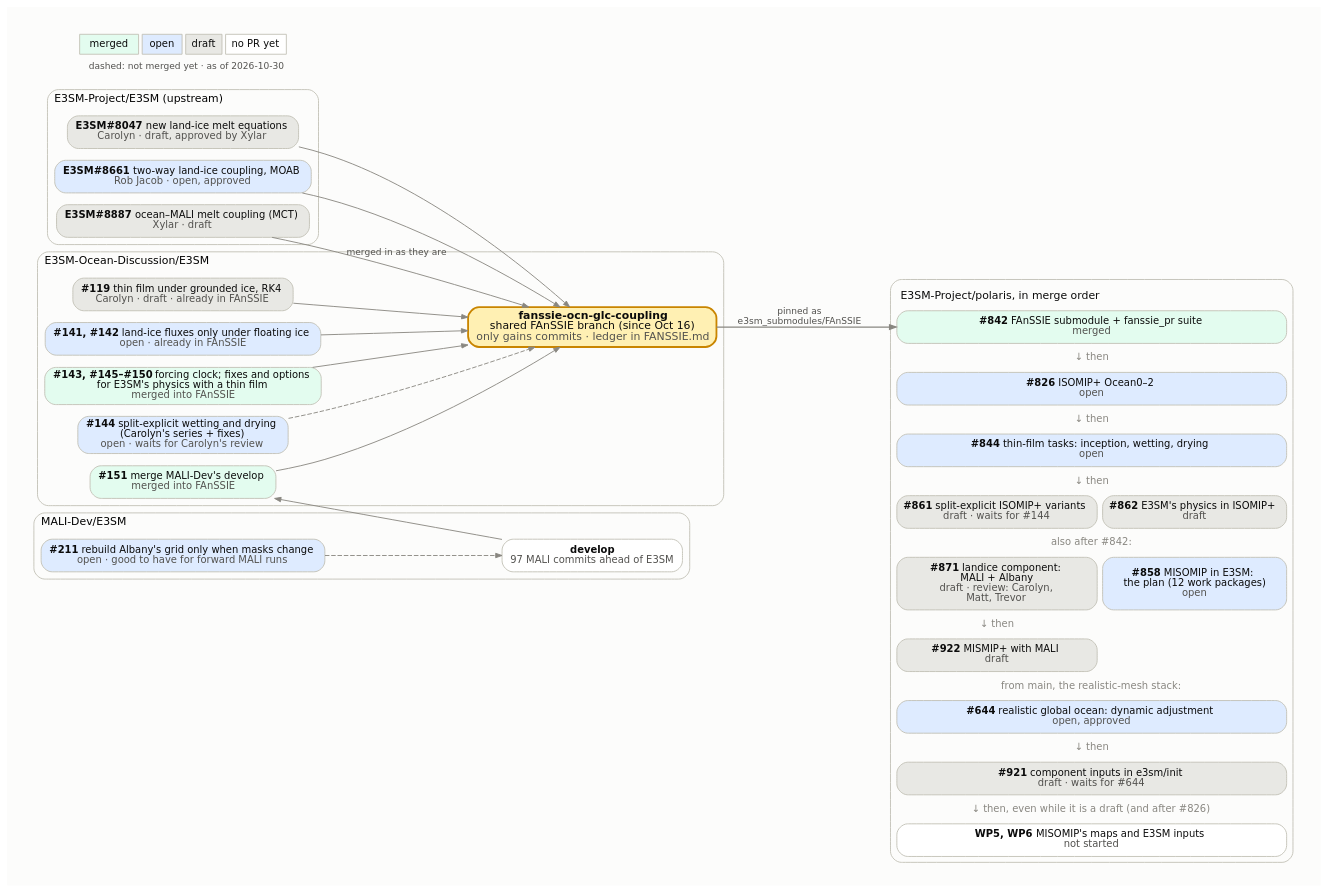
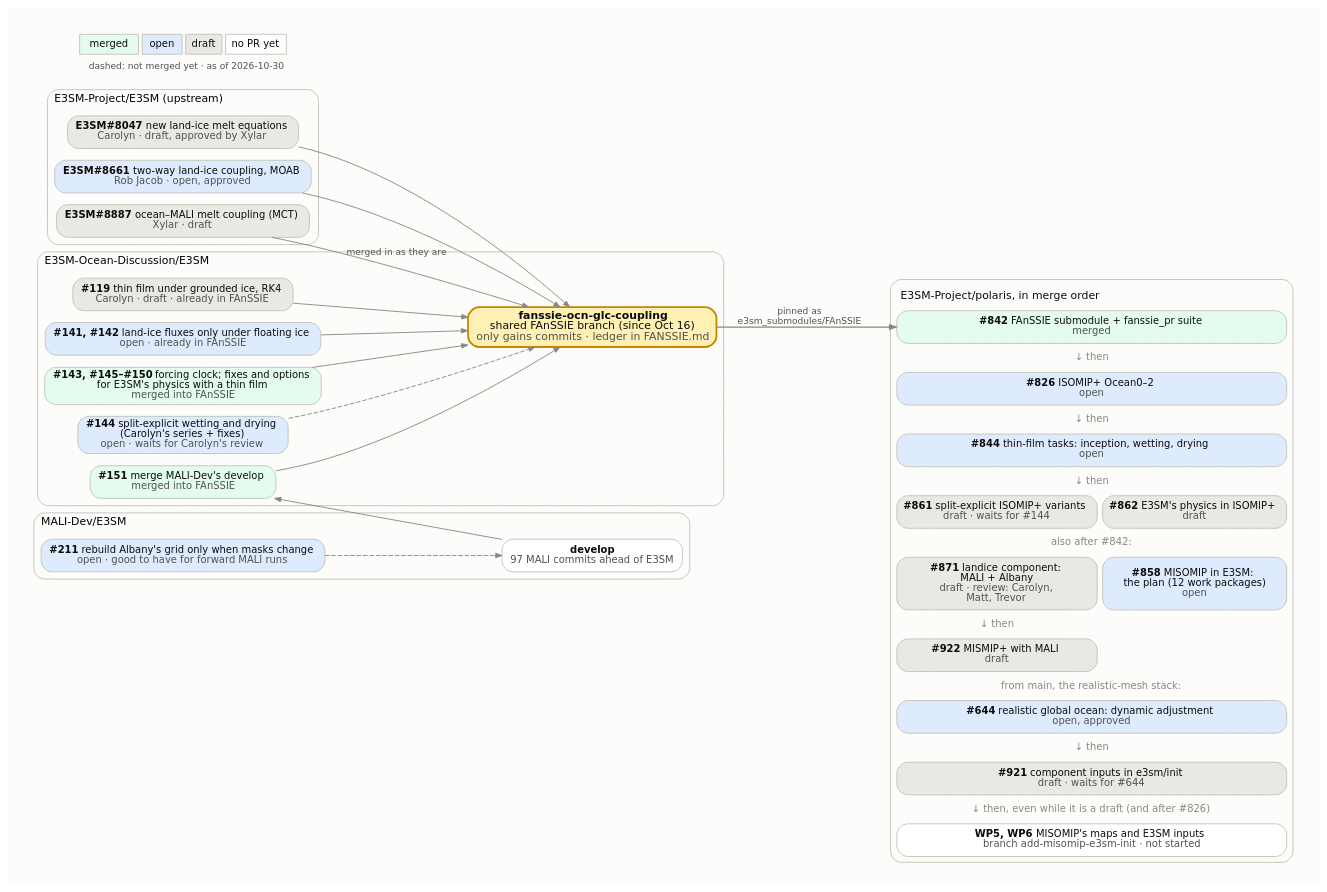
One commit to E3SM-Project/polaris changed the diagram in docs/design_docs/misomip/code_flow.dot. Above: the diagram before and after it, drawn with Graphviz. The commit also changed 4 other files, not shown here.

Commit message:
Put WP5 and WP6 on one branch, add-misomip-e3sm-init

```diff
--- a/docs/design_docs/misomip/code_flow.dot
+++ b/docs/design_docs/misomip/code_flow.dot
@@ -1,95 +1,95 @@
 // How the upstream E3SM PRs, the E3SM-Ocean-Discussion PRs, the
 // fanssie-ocn-glc-coupling branch and the Polaris PRs fit together.
 //
 // Regenerate with Graphviz 14 (Chrysalis's /usr/bin/dot 2.40 lays it out
 // wider), with the text drawn as paths so it looks the same everywhere:
 //
 //     pixi exec -s graphviz dot -Tsvg:cairo code_flow.dot -o code_flow.svg
 //
 // Fill by state: merged #e3fcef, open #deebff, draft #e8e8e4, no PR yet
 // #ffffff. Dashed edges into the FAnSSIE branch mark PRs not merged into it
 // yet. The Polaris side is one HTML-table node, in merge order, because
 // Graphviz would not keep separate boxes in that order. Update the date in
 // the legend.
 digraph fanssie {
   rankdir=LR;
   bgcolor="#fcfcfb";
   pad=0.3;
   nodesep=0.18;
   ranksep=0.7;
   fontname="DejaVu Sans";
   node [shape=box, style="rounded,filled", fontname="DejaVu Sans",
         fontsize=11, color="#c3c2b7", fontcolor="#0b0b0b", penwidth=1,
         margin="0.12,0.06"];
   edge [color="#898781", arrowsize=0.7, fontname="DejaVu Sans",
         fontsize=10, fontcolor="#52514e"];
 
   subgraph cluster_upstream {
     label="E3SM-Project/E3SM (upstream)";
     labeljust=l; fontsize=12; color="#c3c2b7"; style="rounded";
     e8047 [label=<<b>E3SM#8047</b>  new land-ice melt equations<br/><font color="#52514e">Carolyn · draft, approved by Xylar</font>>, fillcolor="#e8e8e4"];
     e8661 [label=<<b>E3SM#8661</b>  two-way land-ice coupling, MOAB<br/><font color="#52514e">Rob Jacob · open, approved</font>>, fillcolor="#deebff"];
     e8887 [label=<<b>E3SM#8887</b>  ocean–MALI melt coupling (MCT)<br/><font color="#52514e">Xylar · draft</font>>, fillcolor="#e8e8e4"];
   }
 
   subgraph cluster_malidev {
     label="MALI-Dev/E3SM";
     labeljust=l; fontsize=12; color="#c3c2b7"; style="rounded";
     malidev [label=<<b>develop</b><br/><font color="#52514e">97 MALI commits ahead of E3SM</font>>, fillcolor="#ffffff"];
     m211 [label=<<b>#211</b>  rebuild Albany's grid only when masks change<br/><font color="#52514e">open · good to have for forward MALI runs</font>>, fillcolor="#deebff"];
   }
 
   subgraph cluster_eod {
     label="E3SM-Ocean-Discussion/E3SM";
     labeljust=l; fontsize=12; color="#c3c2b7"; style="rounded";
     d119 [label=<<b>#119</b>  thin film under grounded ice, RK4<br/><font color="#52514e">Carolyn · draft · already in FAnSSIE</font>>, fillcolor="#e8e8e4"];
     d141 [label=<<b>#141, #142</b>  land-ice fluxes only under floating ice<br/><font color="#52514e">open · already in FAnSSIE</font>>, fillcolor="#deebff"];
     d143 [label=<<b>#143, #145–#150</b>  forcing clock; fixes and options<br/>for E3SM's physics with a thin film<br/><font color="#52514e">merged into FAnSSIE</font>>, fillcolor="#e3fcef"];
     d144 [label=<<b>#144</b>  split-explicit wetting and drying<br/>(Carolyn's series + fixes)<br/><font color="#52514e">open · waits for Carolyn's review</font>>, fillcolor="#deebff"];
     d151 [label=<<b>#151</b>  merge MALI-Dev's develop<br/><font color="#52514e">merged into FAnSSIE</font>>, fillcolor="#e3fcef"];
     fanssie [label=<<b>fanssie-ocn-glc-coupling</b><br/>shared FAnSSIE branch (since Oct 16)<br/><font color="#52514e">only gains commits · ledger in FANSSIE.md</font>>,
              fillcolor="#fff0b3", penwidth=2, color="#c98500", fontsize=12];
   }
 
   polaris [shape=plaintext, style="", label=<
     <table border="1" color="#c3c2b7" style="rounded" cellborder="1" cellspacing="6" cellpadding="4" bgcolor="#fcfcfb">
       <tr><td border="0" colspan="2" align="left"><font point-size="12">E3SM-Project/polaris, in merge order</font></td></tr>
       <tr><td port="p842" bgcolor="#e3fcef" colspan="2" style="rounded" cellpadding="6"><b>#842</b>  FAnSSIE submodule + fanssie_pr suite<br/><font color="#52514e">merged</font></td></tr>
       <tr><td border="0" colspan="2"><font color="#898781">↓ then</font></td></tr>
       <tr><td port="p826" bgcolor="#deebff" colspan="2" style="rounded" cellpadding="6"><b>#826</b>  ISOMIP+ Ocean0–2<br/><font color="#52514e">open</font></td></tr>
       <tr><td border="0" colspan="2"><font color="#898781">↓ then</font></td></tr>
       <tr><td port="p844" bgcolor="#deebff" colspan="2" style="rounded" cellpadding="6"><b>#844</b>  thin-film tasks: inception, wetting, drying<br/><font color="#52514e">open</font></td></tr>
       <tr><td border="0" colspan="2"><font color="#898781">↓ then</font></td></tr>
       <tr><td port="p861" bgcolor="#e8e8e4" colspan="1" style="rounded" cellpadding="6"><b>#861</b>  split-explicit ISOMIP+ variants<br/><font color="#52514e">draft · waits for #144</font></td><td port="p862" bgcolor="#e8e8e4" colspan="1" style="rounded" cellpadding="6"><b>#862</b>  E3SM's physics in ISOMIP+<br/><font color="#52514e">draft</font></td></tr>
       <tr><td border="0" colspan="2"><font color="#898781">also after #842:</font></td></tr>
       <tr><td port="p871" bgcolor="#e8e8e4" colspan="1" style="rounded" cellpadding="6"><b>#871</b>  landice component:<br/>MALI + Albany<br/><font color="#52514e">draft · review: Carolyn,<br/>Matt, Trevor</font></td><td port="p858" bgcolor="#deebff" colspan="1" style="rounded" cellpadding="6"><b>#858</b>  MISOMIP in E3SM:<br/>the plan (12 work packages)<br/><font color="#52514e">open</font></td></tr>
       <tr><td border="0" colspan="1"><font color="#898781">↓ then</font></td><td border="0" colspan="1"></td></tr>
       <tr><td port="p922" bgcolor="#e8e8e4" colspan="1" style="rounded" cellpadding="6"><b>#922</b>  MISMIP+ with MALI<br/><font color="#52514e">draft</font></td><td border="0" colspan="1"></td></tr>
       <tr><td border="0" colspan="2"><font color="#898781">from main, the realistic-mesh stack:</font></td></tr>
       <tr><td port="p644" bgcolor="#deebff" colspan="2" style="rounded" cellpadding="6"><b>#644</b>  realistic global ocean: dynamic adjustment<br/><font color="#52514e">open, approved</font></td></tr>
       <tr><td border="0" colspan="2"><font color="#898781">↓ then</font></td></tr>
       <tr><td port="p921" bgcolor="#e8e8e4" colspan="2" style="rounded" cellpadding="6"><b>#921</b>  component inputs in e3sm/init<br/><font color="#52514e">draft · waits for #644</font></td></tr>
       <tr><td border="0" colspan="2"><font color="#898781">↓ then, even while it is a draft (and after #826)</font></td></tr>
-      <tr><td port="pwp56" bgcolor="#ffffff" colspan="2" style="rounded" cellpadding="6"><b>WP5, WP6</b>  MISOMIP's maps and E3SM inputs<br/><font color="#52514e">not started</font></td></tr>
+      <tr><td port="pwp56" bgcolor="#ffffff" colspan="2" style="rounded" cellpadding="6"><b>WP5, WP6</b>  MISOMIP's maps and E3SM inputs<br/><font color="#52514e">branch add-misomip-e3sm-init · not started</font></td></tr>
     </table>>];
 
   e8047 -> fanssie;
   e8661 -> fanssie;
   e8887 -> fanssie [label="merged in as they are"];
   d119 -> fanssie;
   d141 -> fanssie;
   d143 -> fanssie;
   d144 -> fanssie [style=dashed];
   m211 -> malidev [style=dashed];
   malidev -> d151 [constraint=false];
   d151 -> fanssie;
 
   fanssie -> polaris:p842 [label="pinned as
 e3sm_submodules/FAnSSIE", penwidth=1.5];
 
   legend [shape=plaintext, style="", label=<
     <table border="0" cellborder="1" cellspacing="4" cellpadding="4" color="#c3c2b7">
       <tr><td bgcolor="#e3fcef">merged</td><td bgcolor="#deebff">open</td><td bgcolor="#e8e8e4">draft</td><td bgcolor="#ffffff">no PR yet</td></tr>
       <tr><td colspan="4" border="0"><font point-size="10" color="#52514e">dashed: not merged yet · as of 2026-10-30</font></td></tr>
     </table>>];
 }
```
